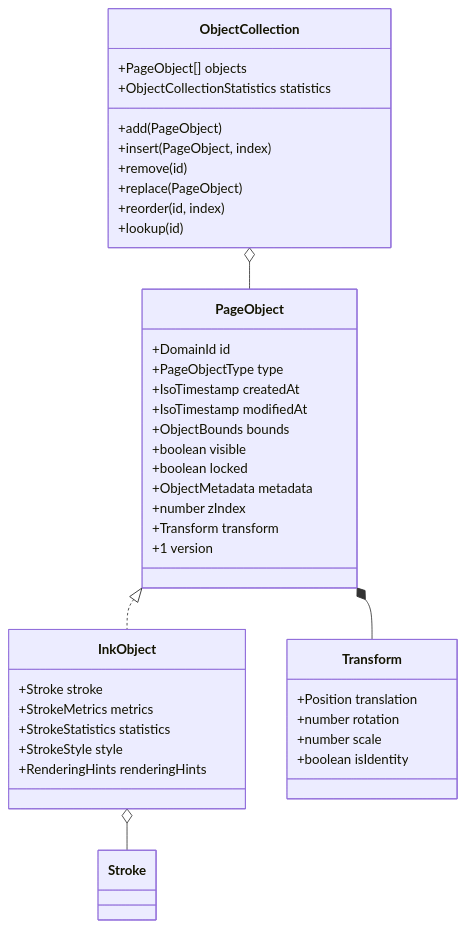
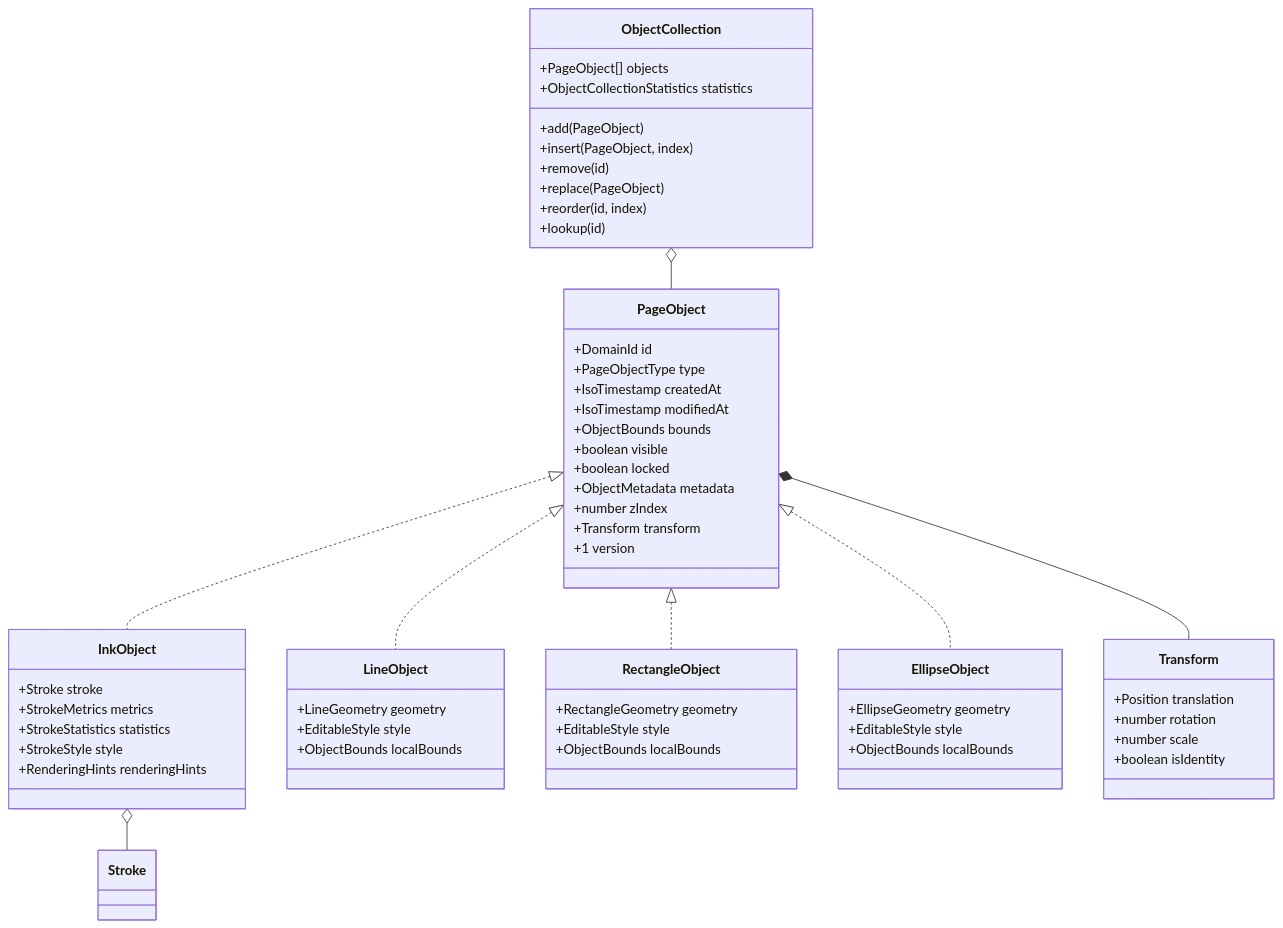
Before and after one commit to ritikpandey1981/digital-notes: the first of 3 diagrams in packages/document/README.md, drawn with Mermaid. The commit also changed other lines of this file and 98 other files, not shown here.

````diff
--- a/packages/document/README.md
+++ b/packages/document/README.md
@@ -38,47 +40,68 @@
 ```mermaid
 classDiagram
     class PageObject {
         +DomainId id
         +PageObjectType type
         +IsoTimestamp createdAt
         +IsoTimestamp modifiedAt
         +ObjectBounds bounds
         +boolean visible
         +boolean locked
         +ObjectMetadata metadata
         +number zIndex
         +Transform transform
         +1 version
     }
 
     class InkObject {
         +Stroke stroke
         +StrokeMetrics metrics
         +StrokeStatistics statistics
         +StrokeStyle style
         +RenderingHints renderingHints
     }
 
+    class LineObject {
+        +LineGeometry geometry
+        +EditableStyle style
+        +ObjectBounds localBounds
+    }
+
+    class RectangleObject {
+        +RectangleGeometry geometry
+        +EditableStyle style
+        +ObjectBounds localBounds
+    }
+
+    class EllipseObject {
+        +EllipseGeometry geometry
+        +EditableStyle style
+        +ObjectBounds localBounds
+    }
+
     class Transform {
         +Position translation
         +number rotation
         +number scale
         +boolean isIdentity
     }
 
     class ObjectCollection {
         +PageObject[] objects
         +ObjectCollectionStatistics statistics
         +add(PageObject)
         +insert(PageObject, index)
         +remove(id)
         +replace(PageObject)
         +reorder(id, index)
         +lookup(id)
     }
 
     PageObject <|.. InkObject
+    PageObject <|.. LineObject
+    PageObject <|.. RectangleObject
+    PageObject <|.. EllipseObject
     PageObject *-- Transform
     InkObject o-- Stroke
     ObjectCollection o-- PageObject
 ```
````
